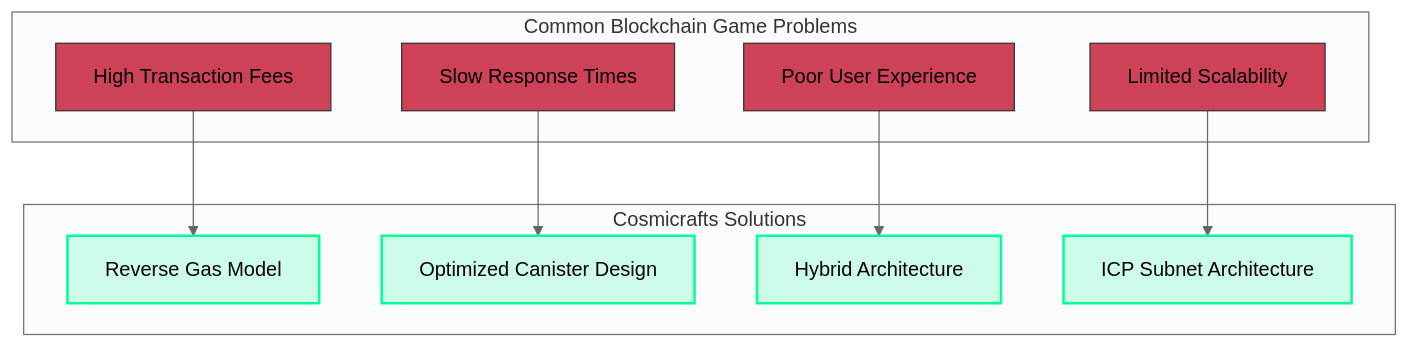
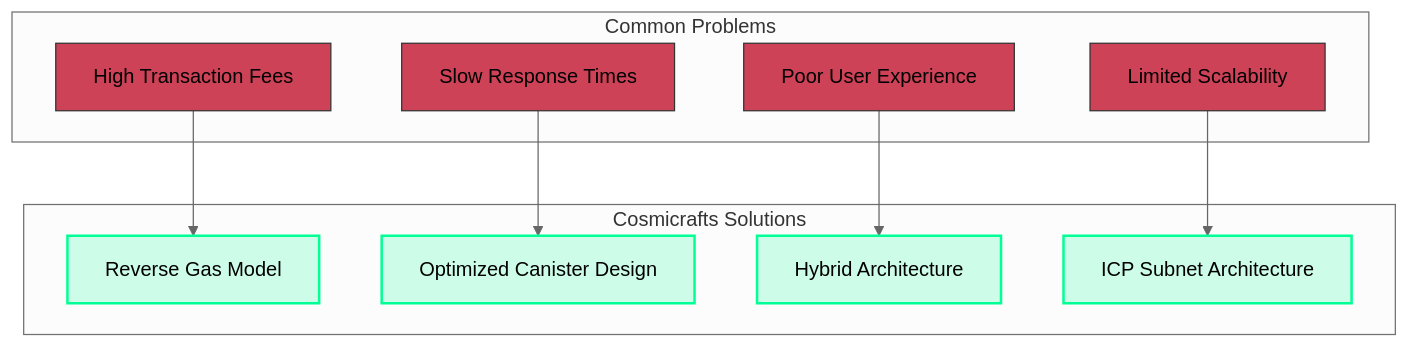
The fifth of 6 diagrams in src/frontend/src/assets/markdown/en/architecture.md (cosmicrafts/cosmicrafts-dao), drawn with Mermaid (neutral theme) before and after one commit. The commit also changed other lines of this file and 5 other files, not shown here.

````diff
--- a/src/frontend/src/assets/markdown/en/architecture.md
+++ b/src/frontend/src/assets/markdown/en/architecture.md
@@ -310,31 +215,31 @@
 ```mermaid
 graph TD
-    subgraph "Common Blockchain Game Problems"
+    subgraph "Common Problems"
         P1[High Transaction Fees]
         P2[Slow Response Times]
         P3[Poor User Experience]
         P4[Limited Scalability]
     end
     
     subgraph "Cosmicrafts Solutions"
         S1[Reverse Gas Model]
         S2[Optimized Canister Design]
         S3[Hybrid Architecture]
         S4[ICP Subnet Architecture]
     end
     
     P1 --> S1
     P2 --> S2
     P3 --> S3
     P4 --> S4
     
     style P1 fill:#ce4257,stroke:#333,stroke-width:1px
     style P2 fill:#ce4257,stroke:#333,stroke-width:1px
     style P3 fill:#ce4257,stroke:#333,stroke-width:1px
     style P4 fill:#ce4257,stroke:#333,stroke-width:1px
     
     style S1 fill:#00ff9530,stroke:#00ff95,stroke-width:2px
     style S2 fill:#00ff9530,stroke:#00ff95,stroke-width:2px
     style S3 fill:#00ff9530,stroke:#00ff95,stroke-width:2px
     style S4 fill:#00ff9530,stroke:#00ff95,stroke-width:2px
 ```
````
